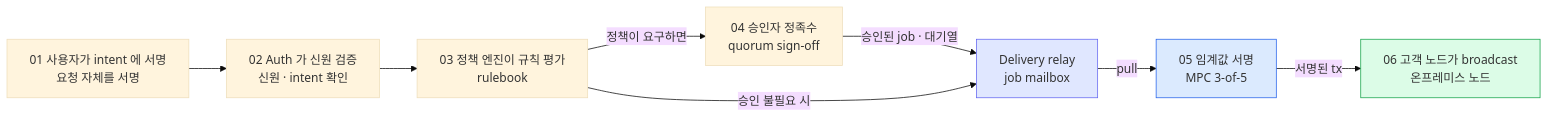
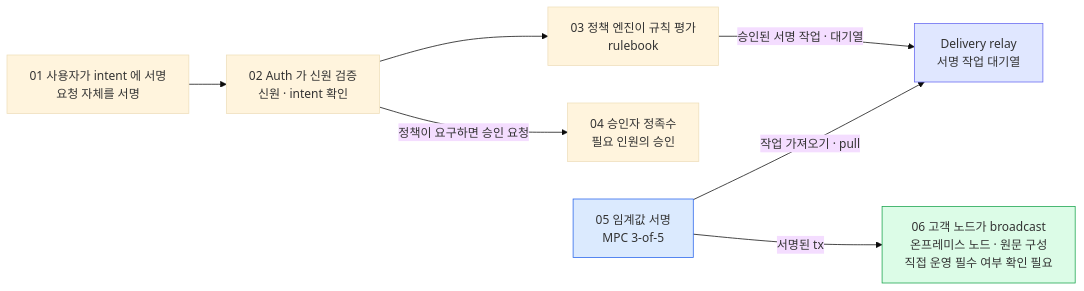
One commit to eunsujeo/eunpus changed the fourth of 4 diagrams in blockchain-manager/docs/플랫폼 아키텍처/Dfns/00-on-premise-deployment.md. Above: the diagram before and after it, drawn with Mermaid (base theme). The commit also changed other lines of this file and 5 other files, not shown here.

Commit message:
docs: clarify Dfns deployment and governance architecture

````diff
--- a/blockchain-manager/docs/플랫폼 아키텍처/Dfns/00-on-premise-deployment.md
+++ b/blockchain-manager/docs/플랫폼 아키텍처/Dfns/00-on-premise-deployment.md
@@ -239,16 +330,15 @@
 ```mermaid
 flowchart LR
   U["01 사용자가 intent 에 서명<br/>요청 자체를 서명"] --> A["02 Auth 가 신원 검증<br/>신원 · intent 확인"]
   A --> P["03 정책 엔진이 규칙 평가<br/>rulebook"]
-  P -->|"정책이 요구하면"| Q["04 승인자 정족수<br/>quorum sign-off"]
-  Q -->|"승인된 job · 대기열"| R["Delivery relay<br/>job mailbox"]
-  P -->|"승인 불필요 시"| R
-  R -->|"pull"| S["05 임계값 서명<br/>MPC 3-of-5"]
-  S -->|"서명된 tx"| N["06 고객 노드가 broadcast<br/>온프레미스 노드"]
+  A -->|"정책이 요구하면 승인 요청"| Q["04 승인자 정족수<br/>필요 인원의 승인"]
+  P -->|"승인된 서명 작업 · 대기열"| R["Delivery relay<br/>서명 작업 대기열"]
+  S["05 임계값 서명<br/>MPC 3-of-5"] -->|"작업 가져오기 · pull"| R
+  S -->|"서명된 tx"| N["06 고객 노드가 broadcast<br/>온프레미스 노드 · 원문 구성<br/>직접 운영 필수 여부 확인 필요"]
   classDef vault fill:#dbeafe,stroke:#2563eb
   classDef special fill:#e0e7ff,stroke:#6366f1
   classDef good fill:#dcfce7,stroke:#16a34a
   class S vault
   class R special
   class N good
 ```
````
